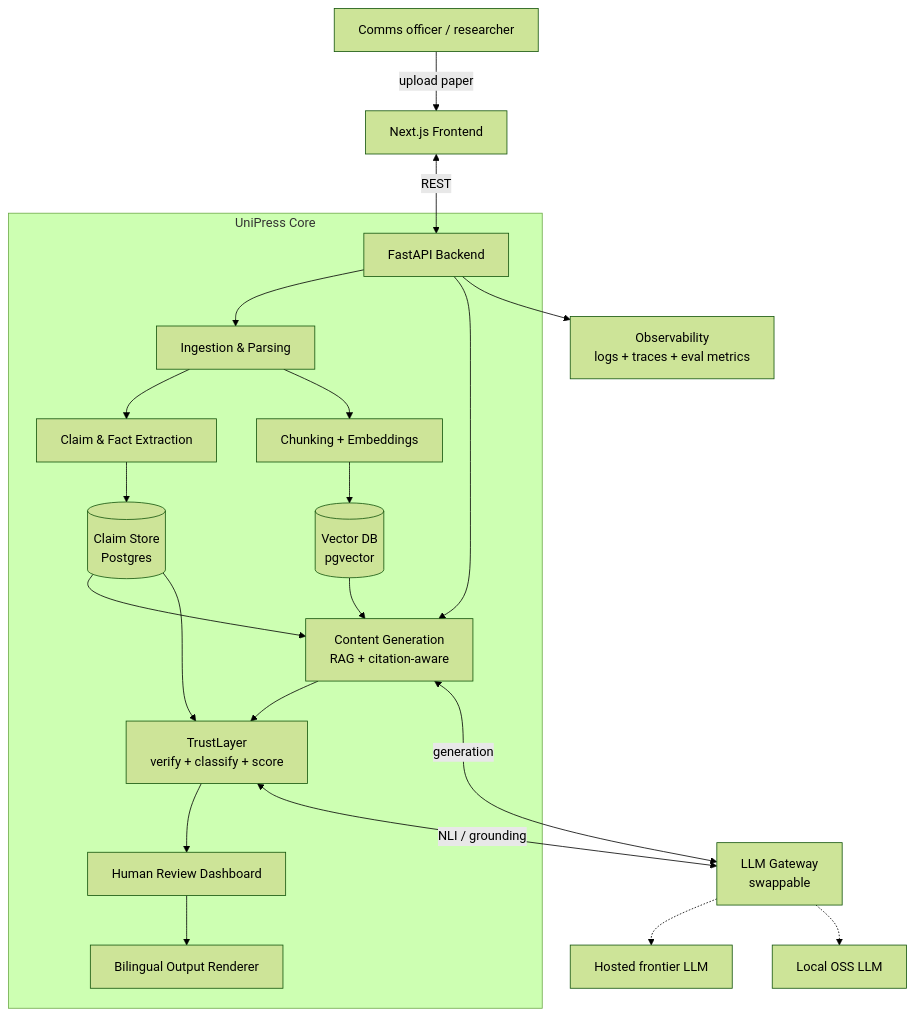
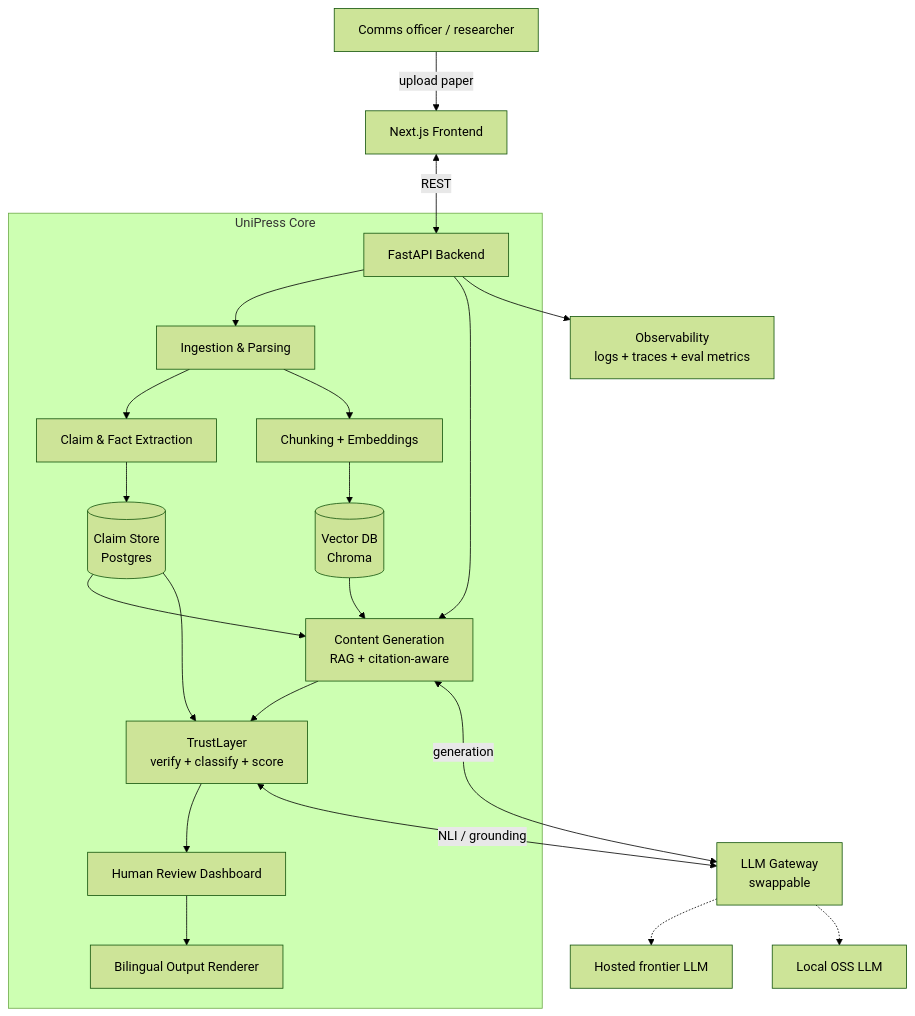
One commit to gilbert-mutai/unipress-de changed the first of 4 diagrams in docs/02-architecture.md. Above: the diagram before and after it, drawn with Mermaid (forest theme). The commit also changed other lines of this file and 2 other files, not shown here.

First line of the commit message:
Switch vector store from pgvector to Chroma

````diff
--- a/docs/02-architecture.md
+++ b/docs/02-architecture.md
@@ -24,27 +24,27 @@
 ```mermaid
 flowchart TD
     U[Comms officer / researcher] -->|upload paper| FE[Next.js Frontend]
     FE <-->|REST| API[FastAPI Backend]
 
     subgraph Core["UniPress Core"]
         API --> ING[Ingestion & Parsing]
         ING --> CLM[Claim & Fact Extraction]
         CLM --> CS[(Claim Store<br/>Postgres)]
         ING --> CHUNK[Chunking + Embeddings]
-        CHUNK --> VDB[(Vector DB<br/>pgvector)]
+        CHUNK --> VDB[(Vector DB<br/>Chroma)]
         API --> GEN[Content Generation<br/>RAG + citation-aware]
         CS --> GEN
         VDB --> GEN
         GEN --> TL[TrustLayer<br/>verify + classify + score]
         CS --> TL
         TL --> REV[Human Review Dashboard]
         REV --> OUT[Bilingual Output Renderer]
     end
 
     GEN <-->|generation| LLM[LLM Gateway<br/>swappable]
     TL <-->|NLI / grounding| LLM
     LLM -.-> HOSTED[Hosted frontier LLM]
     LLM -.-> LOCAL[Local OSS LLM]
 
     API --> OBS[Observability<br/>logs + traces + eval metrics]
 ```
````
